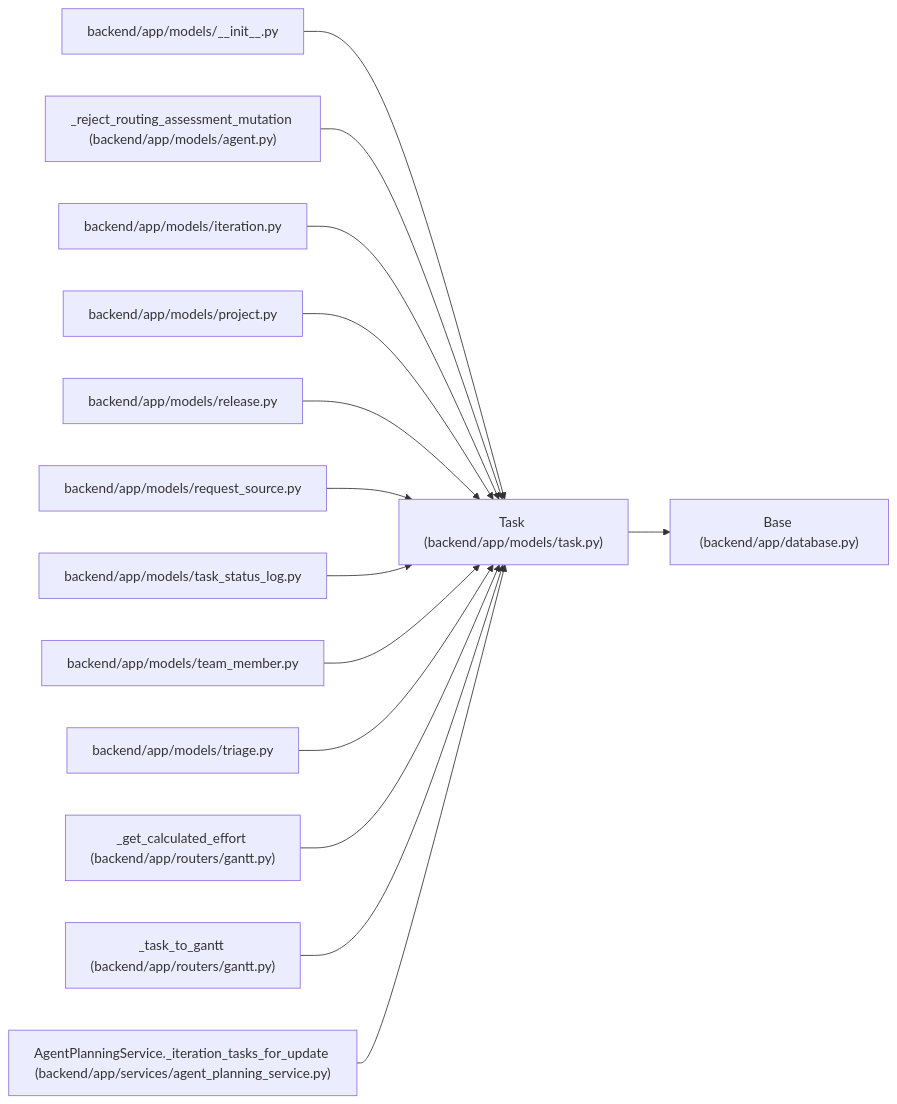
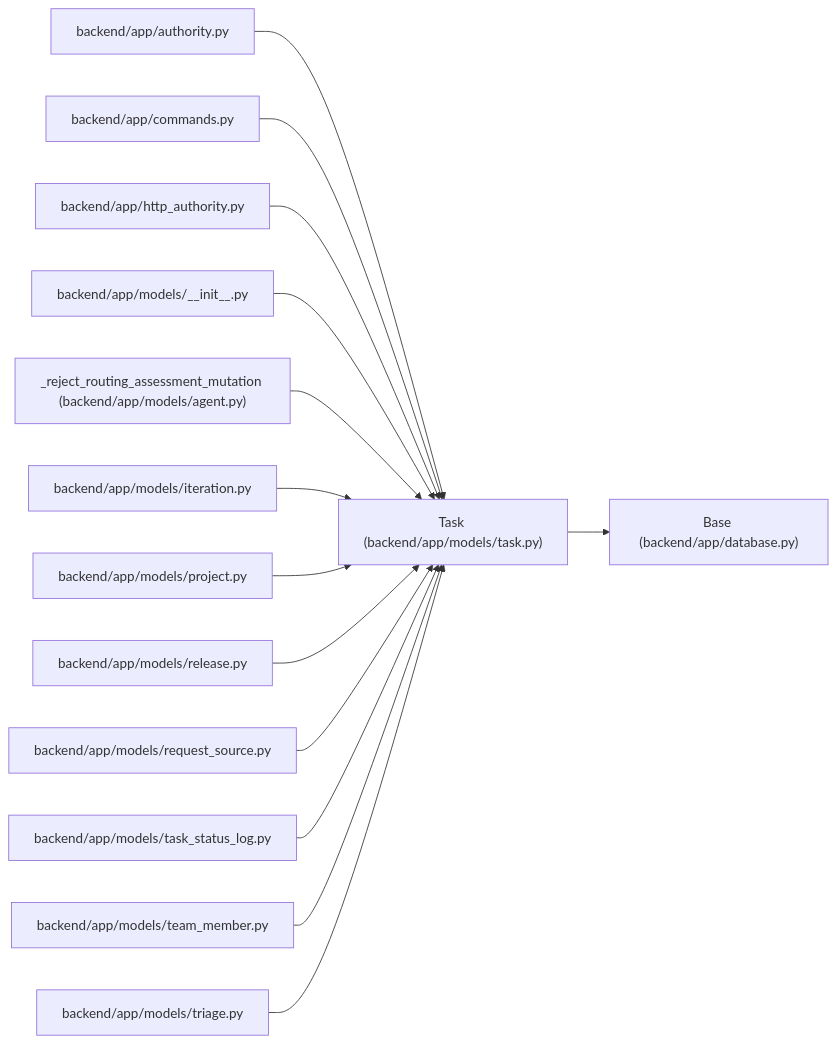
Before and after one commit to Denissvgn/WorkChord: the diagram in docs/llm_wiki/entities/models_task_Task.md, drawn with Mermaid. The commit also changed other lines of this file and 958 other files, not shown here.

First line of the commit message:
docs(wiki): refresh identity and recovery architecture

````diff
--- a/docs/llm_wiki/entities/models_task_Task.md
+++ b/docs/llm_wiki/entities/models_task_Task.md
@@ -72,44 +83,44 @@
 ```mermaid
 flowchart LR
     n0["Task (backend/app/models/task.py)"]
     n1["Base (backend/app/database.py)"]
-    n2["backend/app/models/__init__.py"]
-    n3["_reject_routing_assessment_mutation (backend/app/models/agent.py)"]
-    n4["backend/app/models/iteration.py"]
-    n5["backend/app/models/project.py"]
-    n6["backend/app/models/release.py"]
-    n7["backend/app/models/request_source.py"]
-    n8["backend/app/models/task_status_log.py"]
-    n9["backend/app/models/team_member.py"]
-    n10["backend/app/models/triage.py"]
-    n11["_get_calculated_effort (backend/app/routers/gantt.py)"]
-    n12["_task_to_gantt (backend/app/routers/gantt.py)"]
-    n13["AgentPlanningService._iteration_tasks_for_update (backend/app/services/agent_planning_service.py)"]
+    n2["backend/app/authority.py"]
+    n3["backend/app/commands.py"]
+    n4["backend/app/http_authority.py"]
+    n5["backend/app/models/__init__.py"]
+    n6["_reject_routing_assessment_mutation (backend/app/models/agent.py)"]
+    n7["backend/app/models/iteration.py"]
+    n8["backend/app/models/project.py"]
+    n9["backend/app/models/release.py"]
+    n10["backend/app/models/request_source.py"]
+    n11["backend/app/models/task_status_log.py"]
+    n12["backend/app/models/team_member.py"]
+    n13["backend/app/models/triage.py"]
     n0 --> n1
     n2 --> n0
     n3 --> n0
     n4 --> n0
     n5 --> n0
     n6 --> n0
     n7 --> n0
     n8 --> n0
     n9 --> n0
     n10 --> n0
     n11 --> n0
     n12 --> n0
     n13 --> n0
     click n0 "../modules/models_task.md"
     click n1 "../modules/app_database.md"
-    click n2 "../modules/models___init__.md"
-    click n3 "../modules/models_agent.md"
-    click n4 "../modules/models_iteration.md"
-    click n5 "../modules/models_project.md"
-    click n6 "../modules/models_release.md"
-    click n7 "../modules/models_request_source.md"
-    click n8 "../modules/task_status_log.md"
-    click n9 "../modules/team_member.md"
-    click n10 "../modules/models_triage.md"
-    click n11 "../modules/routers_gantt.md"
-    click n12 "../modules/routers_gantt.md"
-    click n13 "../modules/agent_planning_service.md"
+    click n2 "../modules/authority.md"
+    click n3 "../modules/commands.md"
+    click n4 "../modules/http_authority.md"
+    click n5 "../modules/models___init__.md"
+    click n6 "../modules/models_agent.md"
+    click n7 "../modules/models_iteration.md"
+    click n8 "../modules/models_project.md"
+    click n9 "../modules/models_release.md"
+    click n10 "../modules/models_request_source.md"
+    click n11 "../modules/task_status_log.md"
+    click n12 "../modules/team_member.md"
+    click n13 "../modules/models_triage.md"
 ```
````
